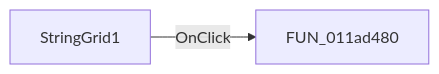
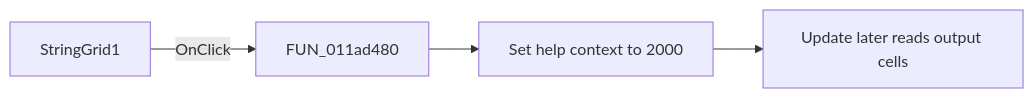
One commit to MovGP0/TIARA changed the diagram in docs/ui-controls/tables-form/stringgrid1-376b5558c4.md. Above: the diagram before and after it, drawn with Mermaid. The commit also changed other lines of this file and 387 other files, not shown here.

````diff
--- a/docs/ui-controls/tables-form/stringgrid1-376b5558c4.md
+++ b/docs/ui-controls/tables-form/stringgrid1-376b5558c4.md
@@ -27,4 +27,6 @@
 ```mermaid
 flowchart LR
     control["StringGrid1"] -->|OnClick| handler["FUN_011ad480"]
+    handler --> topic["Set help context to 2000"]
+    topic --> later["Update later reads output cells"]
 ```
````
